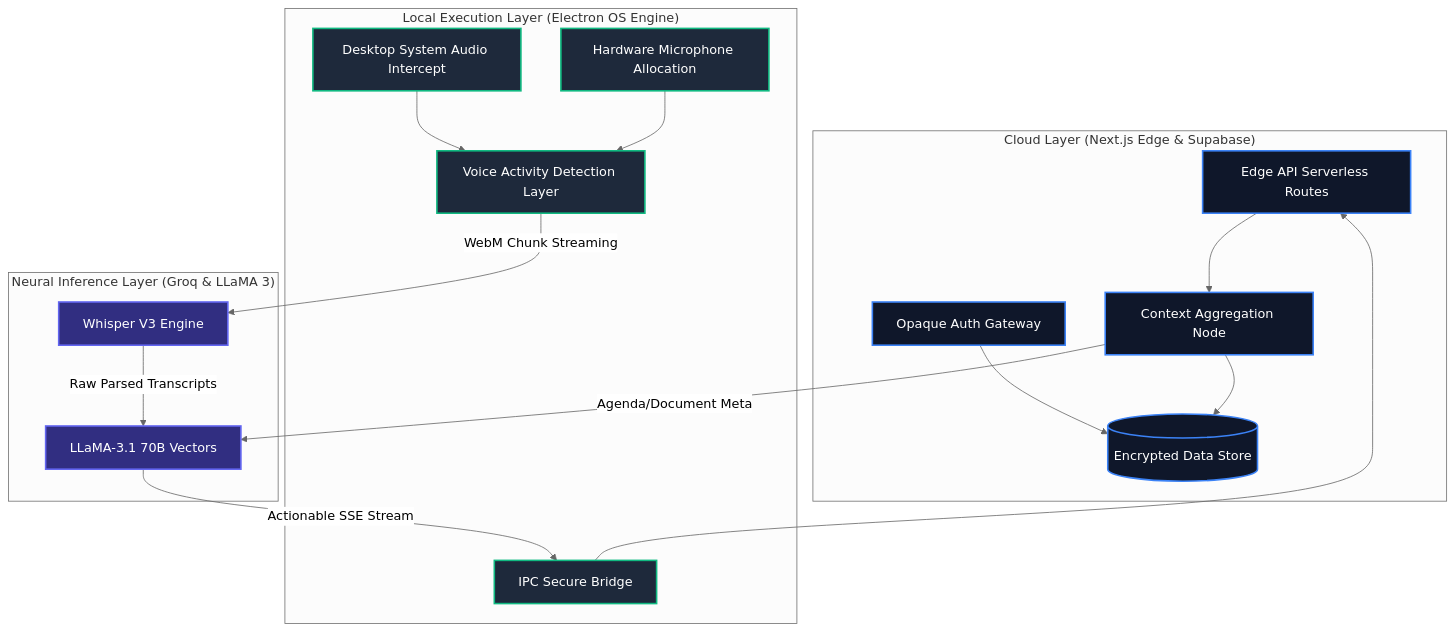
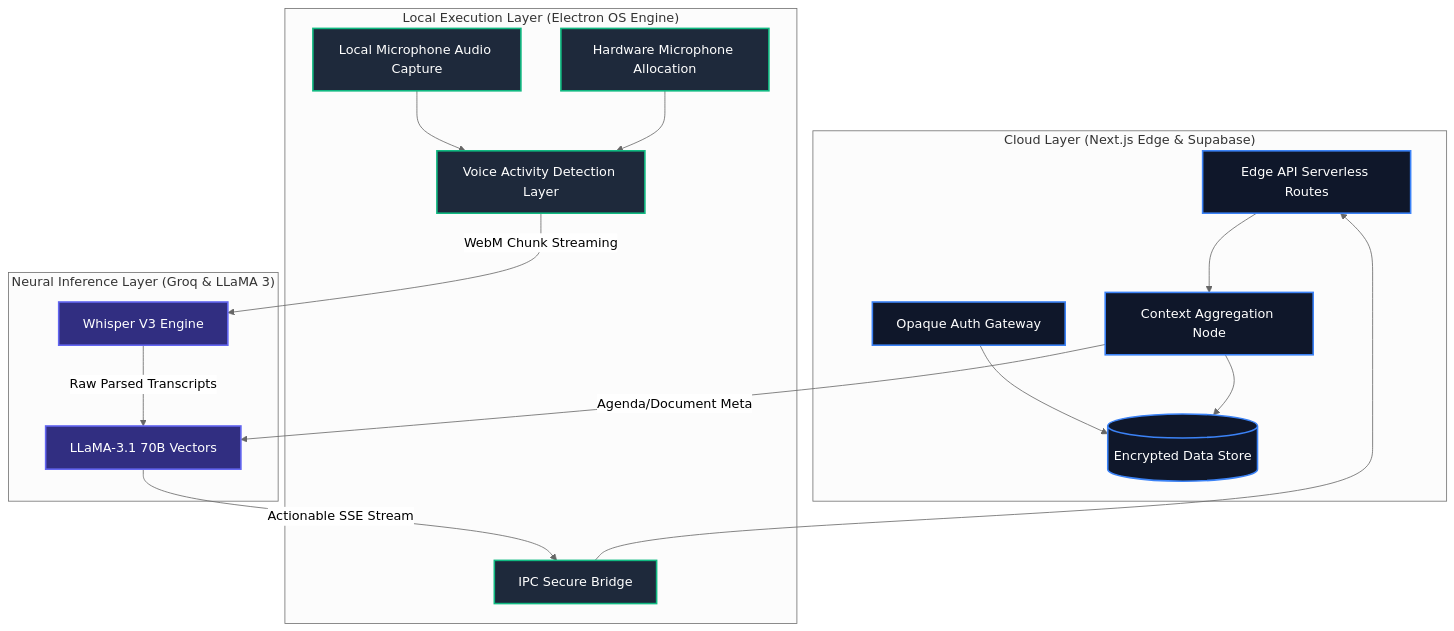
One commit to ziademad02153/ZEDX-AI-Assistant changed the first of 4 diagrams in README.md. Above: the diagram before and after it, drawn with Mermaid (neutral theme). The commit also changed other lines of this file and 16 other files, not shown here.

````diff
--- a/README.md
+++ b/README.md
@@ -39,29 +39,29 @@
 ```mermaid
 graph TD
     subgraph "Cloud Layer (Next.js Edge & Supabase)"
         AUTH[Opaque Auth Gateway] --> DB[(Encrypted Data Store)]
         API[Edge API Serverless Routes] --> CONTEXT_SERVER[Context Aggregation Node]
         CONTEXT_SERVER --> DB
     end
 
     subgraph "Local Execution Layer (Electron OS Engine)"
-        SYS[Desktop System Audio Intercept] --> VAD[Voice Activity Detection Layer]
+        SYS[Local Microphone Audio Capture] --> VAD[Voice Activity Detection Layer]
         MIC[Hardware Microphone Allocation] --> VAD
         IPC[IPC Secure Bridge] --> API
     end
 
     subgraph "Neural Inference Layer (Groq & LLaMA 3)"
         VAD -- "WebM Chunk Streaming" --> WHISPER[Whisper V3 Engine]
         WHISPER -- "Raw Parsed Transcripts" --> LLM[LLaMA-3.1 70B Vectors]
         CONTEXT_SERVER -- "Agenda/Document Meta" --> LLM
         LLM -- "Actionable SSE Stream" --> IPC
     end
 
     classDef cloud fill:#0f172a,stroke:#3b82f6,stroke-width:2px,color:#fff;
     classDef local fill:#1e293b,stroke:#10b981,stroke-width:2px,color:#fff;
     classDef neural fill:#312e81,stroke:#6366f1,stroke-width:2px,color:#fff;
 
     class AUTH,DB,API,CONTEXT_SERVER cloud;
     class SYS,MIC,VAD,IPC local;
     class WHISPER,LLM neural;
 ```
````
